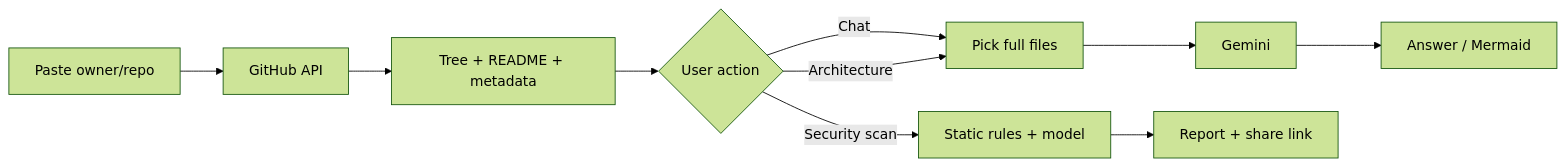
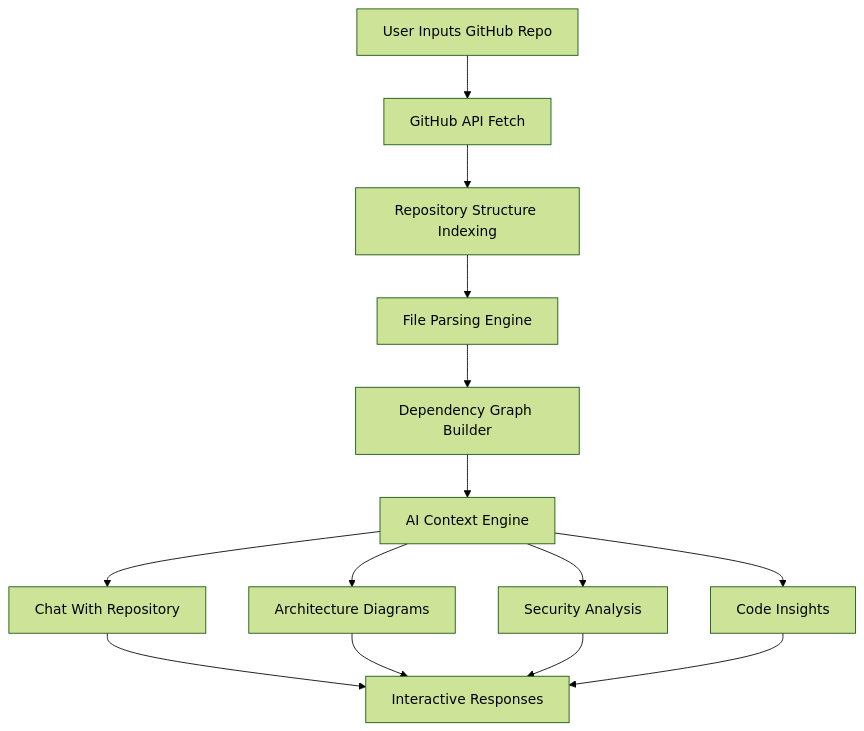
One commit to Ajyendu/RepoMind changed the first of 2 diagrams in README.md. Above: the diagram before and after it, drawn with Mermaid (forest theme). The commit also changed other lines of this file and 37 other files, not shown here.

````diff
--- a/README.md
+++ b/README.md
@@ -86,12 +136,23 @@
 ```mermaid
-flowchart LR
-  A[Paste owner/repo] --> B[GitHub API]
-  B --> C[Tree + README + metadata]
-  C --> D{User action}
-  D -->|Chat| E[Pick full files]
-  D -->|Architecture| E
-  D -->|Security scan| F[Static rules + model]
-  E --> G[Gemini]
-  G --> H[Answer / Mermaid]
-  F --> I[Report + share link]
+flowchart TD
+
+A[User Inputs GitHub Repo] --> B[GitHub API Fetch]
+
+B --> C[Repository Structure Indexing]
+
+C --> D[File Parsing Engine]
+
+D --> E[Dependency Graph Builder]
+
+E --> F[AI Context Engine]
+
+F --> G1[Chat With Repository]
+F --> G2[Architecture Diagrams]
+F --> G3[Security Analysis]
+F --> G4[Code Insights]
+
+G1 --> H[Interactive Responses]
+G2 --> H
+G3 --> H
+G4 --> H
 ```
````
